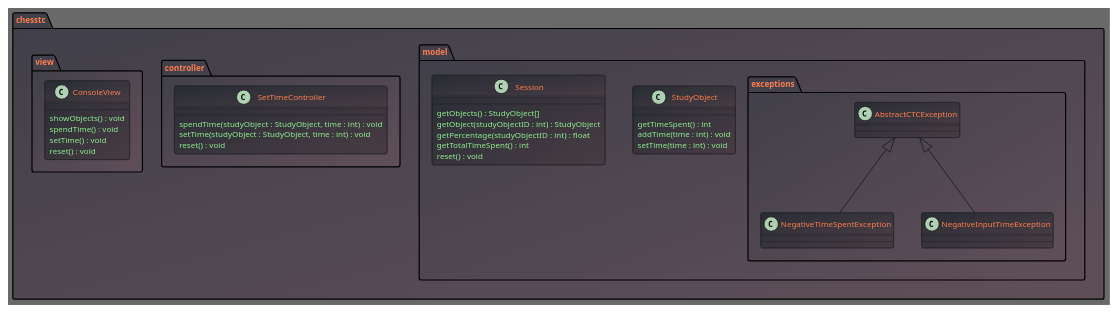
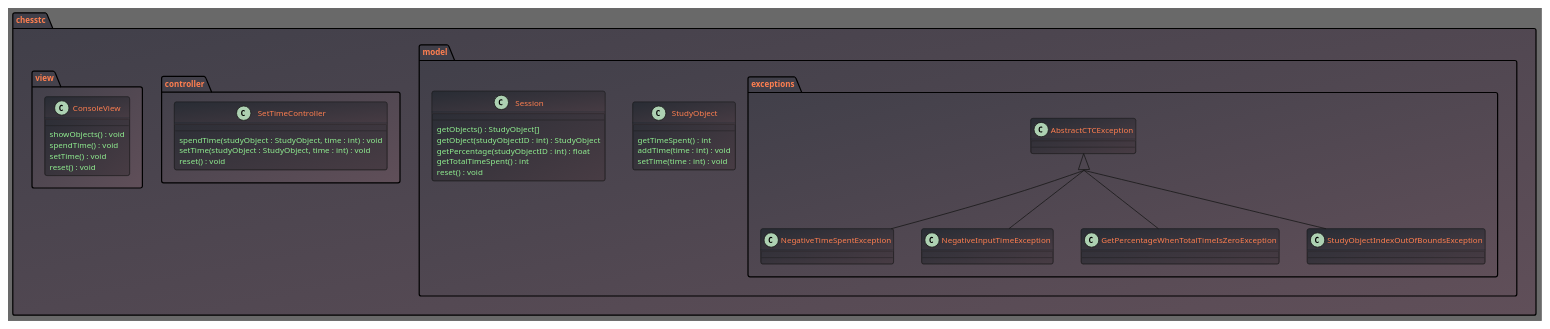
The diagram in ctc.puml (Sttanyanz/chess-training-control), drawn with PlantUML before and after one commit.

Commit message:
docs: add new exceptions

```diff
--- a/ctc.puml
+++ b/ctc.puml
@@ -1,60 +1,64 @@
 @startuml
 skinparam defaultFontSize 10
 skinparam BackgroundColor DimGray
 skinparam ClassAttributeFontColor LightGreen
 skinparam PackageFontColor coral
 skinparam ClassFontColor coral
 skinparam package {
 BackgroundColor #403F49/#604F59
 }
 skinparam class {
 BackgroundColor #282C34/#483C44
 }
-skinparam groupInheritance 3
+skinparam groupInheritance 4
 
 package chesstc {
     package model {
         package exceptions {
             class AbstractCTCException
             class NegativeTimeSpentException
             class NegativeInputTimeException
+            class GetPercentageWhenTotalTimeIsZeroException
+            class StudyObjectIndexOutOfBoundsException
 
             AbstractCTCException <|-- NegativeInputTimeException
             AbstractCTCException <|-- NegativeTimeSpentException
+            AbstractCTCException <|-- GetPercentageWhenTotalTimeIsZeroException
+            AbstractCTCException <|-- StudyObjectIndexOutOfBoundsException
         }
 
         class StudyObject {
             getTimeSpent() : int
             addTime(time : int) : void
             setTime(time : int) : void
         }
 
         class Session {
             getObjects() : StudyObject[]
             getObject(studyObjectID : int) : StudyObject
             getPercentage(studyObjectID : int) : float
             getTotalTimeSpent() : int
             reset() : void
         }
 
     }
 
     package controller {
         class SetTimeController {
             spendTime(studyObject : StudyObject, time : int) : void
             setTime(studyObject : StudyObject, time : int) : void
             reset() : void
         }
     }
 
     package view {
         class ConsoleView {
             showObjects() : void
             spendTime() : void
             setTime() : void
             reset() : void
         }
     }
 }
 
 @enduml
```
